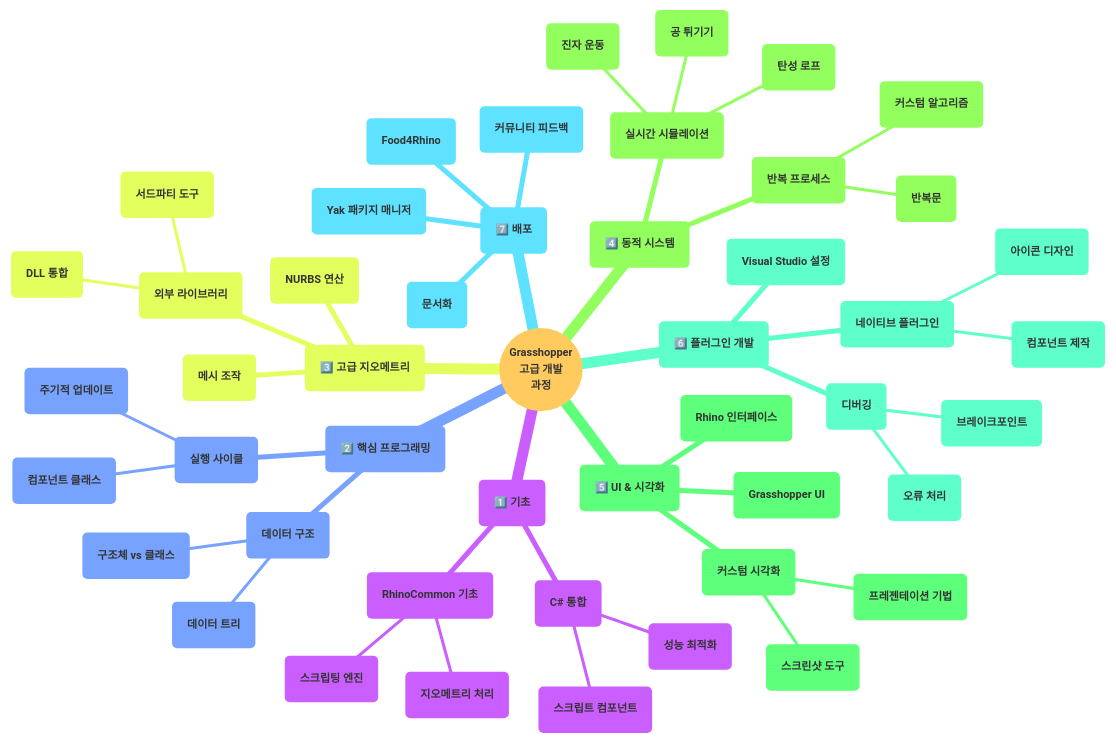
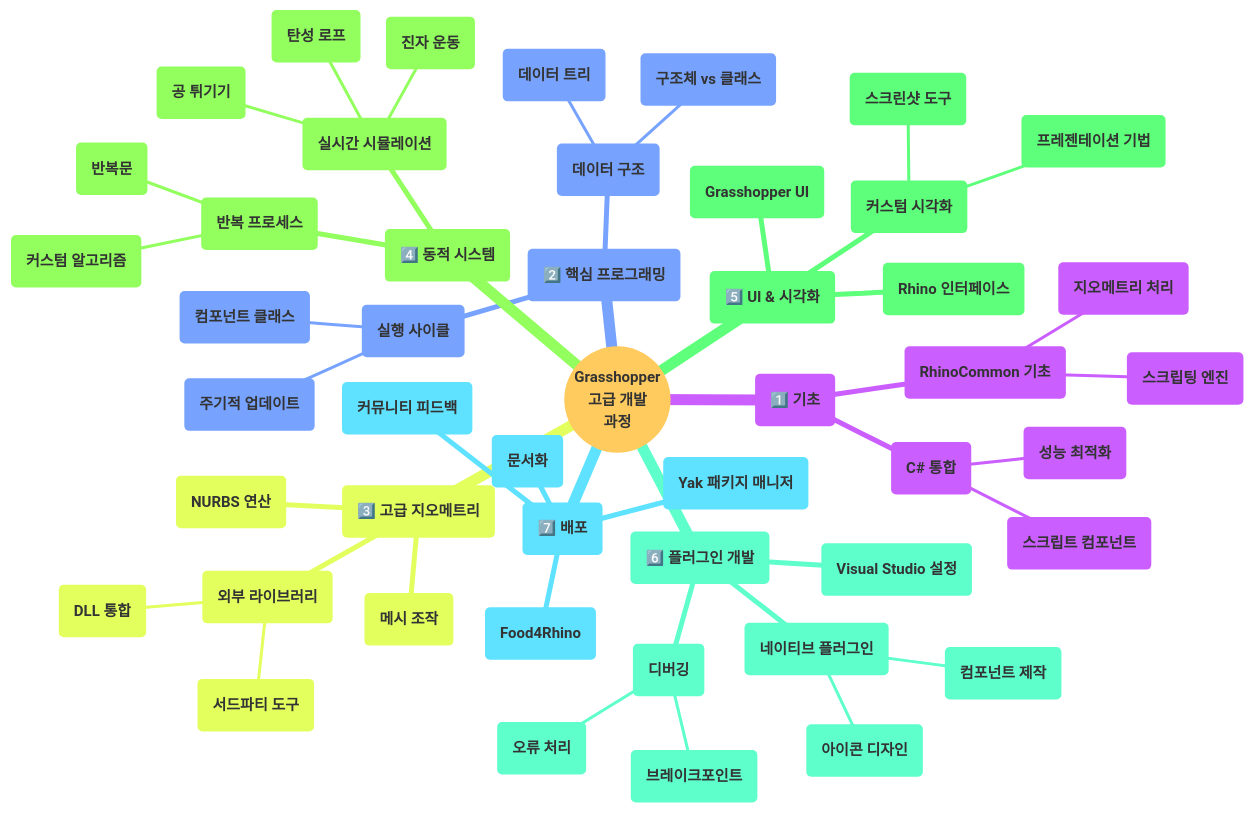
Before and after one commit to 1ncarnati0n/TechBlog: the first of 2 diagrams in content/Grasshopper Addin/1.1_ADG.md, drawn with Mermaid.

Commit message:
Update content content/Grasshopper Addin/1.1_ADG.md

````diff
--- a/content/Grasshopper Addin/1.1_ADG.md
+++ b/content/Grasshopper Addin/1.1_ADG.md
@@ -36,52 +36,52 @@
 ```mermaid
-%%{init: {'theme': 'base', 'themeVariables': { 'fontSize': '11px', 'fontWeight': 'bold', 'lineColor': '#2B2B2B', 'mainBkg': '#E6F3FF' }}}%%
+%%{init: {'theme': 'base','themeVariables': { 'fontSize': '15px', 'fontWeight': 'bold', 'lineColor': '#2B2B2B', 'mainBkg': '#E6F3FF' }}}%%
 mindmap
   root(("**Grasshopper**<br/>**고급 개발**<br/>**과정**"))
     ("**1️⃣ 기초**")
       ("**RhinoCommon 기초**")
         ("**지오메트리 처리**")
         ("**스크립팅 엔진**")
       ("**C# 통합**")
         ("**스크립트 컴포넌트**")
         ("**성능 최적화**")
     ("**2️⃣ 핵심 프로그래밍**")
       ("**데이터 구조**")
         ("**구조체 vs 클래스**")
         ("**데이터 트리**")
       ("**실행 사이클**")
         ("**컴포넌트 클래스**")
         ("**주기적 업데이트**")
     ("**3️⃣ 고급 지오메트리**")
       ("**NURBS 연산**")
       ("**메시 조작**")
       ("**외부 라이브러리**")
         ("**DLL 통합**")
         ("**서드파티 도구**")
     ("**4️⃣ 동적 시스템**")
       ("**실시간 시뮬레이션**")
         ("**진자 운동**")
         ("**탄성 로프**")
         ("**공 튀기기**")
       ("**반복 프로세스**")
         ("**반복문**")
         ("**커스텀 알고리즘**")
     ("**5️⃣ UI & 시각화**")
       ("**Rhino 인터페이스**")
       ("**Grasshopper UI**")
       ("**커스텀 시각화**")
         ("**스크린샷 도구**")
         ("**프레젠테이션 기법**")
     ("**6️⃣ 플러그인 개발**")
       ("**Visual Studio 설정**")
       ("**네이티브 플러그인**")
         ("**컴포넌트 제작**")
         ("**아이콘 디자인**")
       ("**디버깅**")
         ("**브레이크포인트**")
         ("**오류 처리**")
     ("**7️⃣ 배포**")
       ("**Food4Rhino**")
       ("**Yak 패키지 매니저**")
       ("**문서화**")
       ("**커뮤니티 피드백**")
 ```
````
